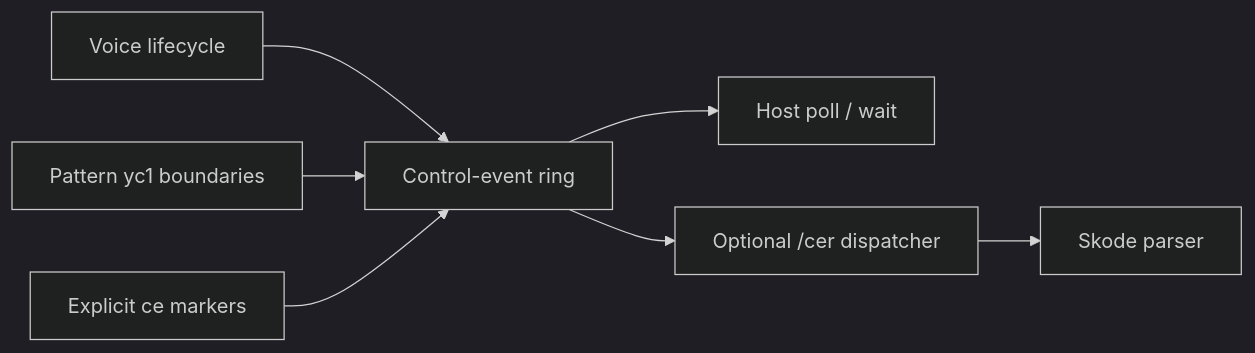
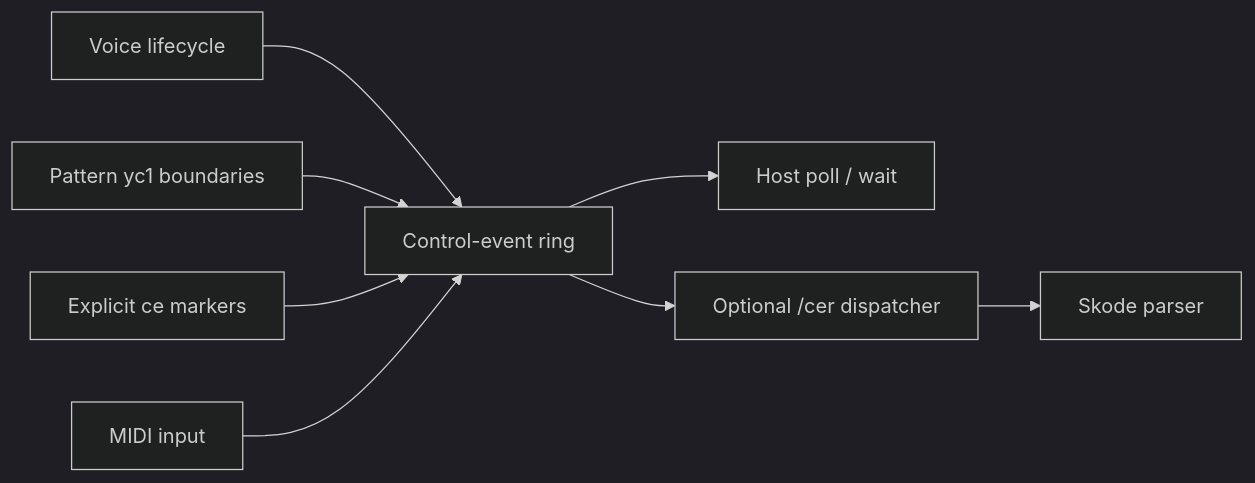
One commit to octetta/pulp changed the fifth of 5 diagrams in doc/maxed-skred-system-diagram.md. Above: the diagram before and after it, drawn with Mermaid (dark theme). The commit also changed other lines of this file and 29 other files, not shown here.

````diff
--- a/doc/maxed-skred-system-diagram.md
+++ b/doc/maxed-skred-system-diagram.md
@@ -139,16 +146,18 @@
 ```mermaid
 flowchart LR
   voices[Voice lifecycle]
   seq[Pattern yc1 boundaries]
   ce[Explicit ce markers]
+  midi[MIDI input]
   ring[Control-event ring]
   host[Host poll / wait]
   dispatch[Optional /cer dispatcher]
   parser[Skode parser]
 
   voices --> ring
   seq --> ring
   ce --> ring
+  midi --> ring
   ring --> host
   ring --> dispatch --> parser
 ```
````
